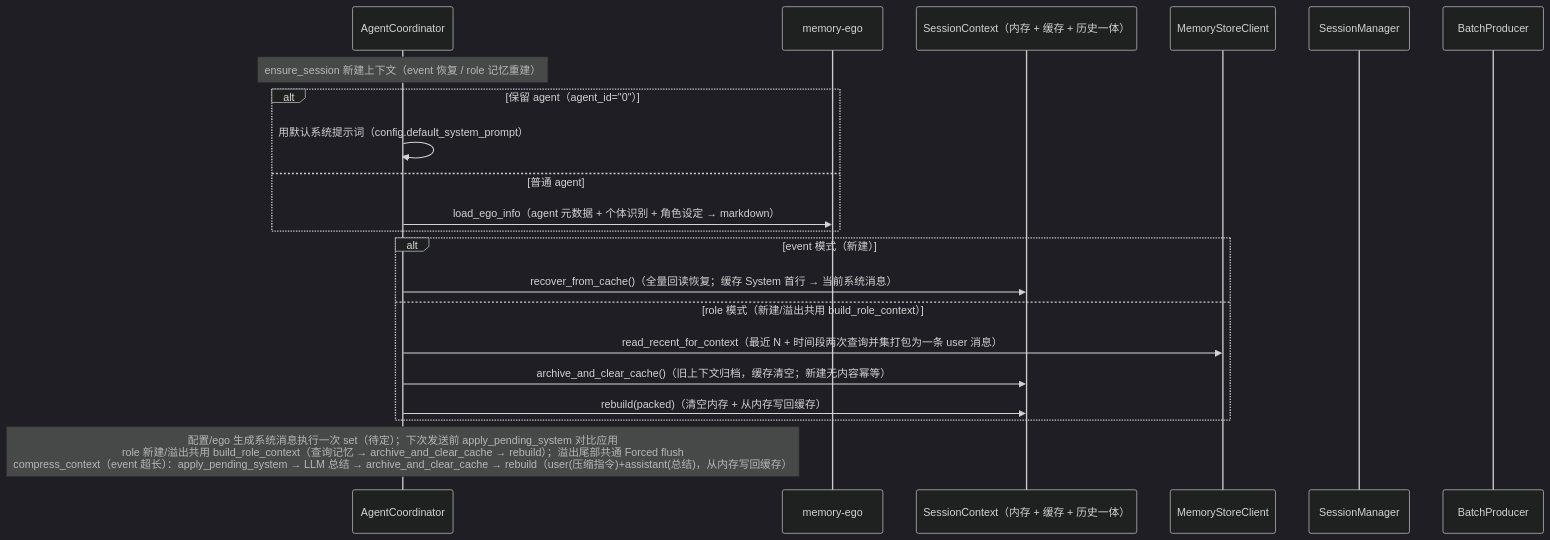
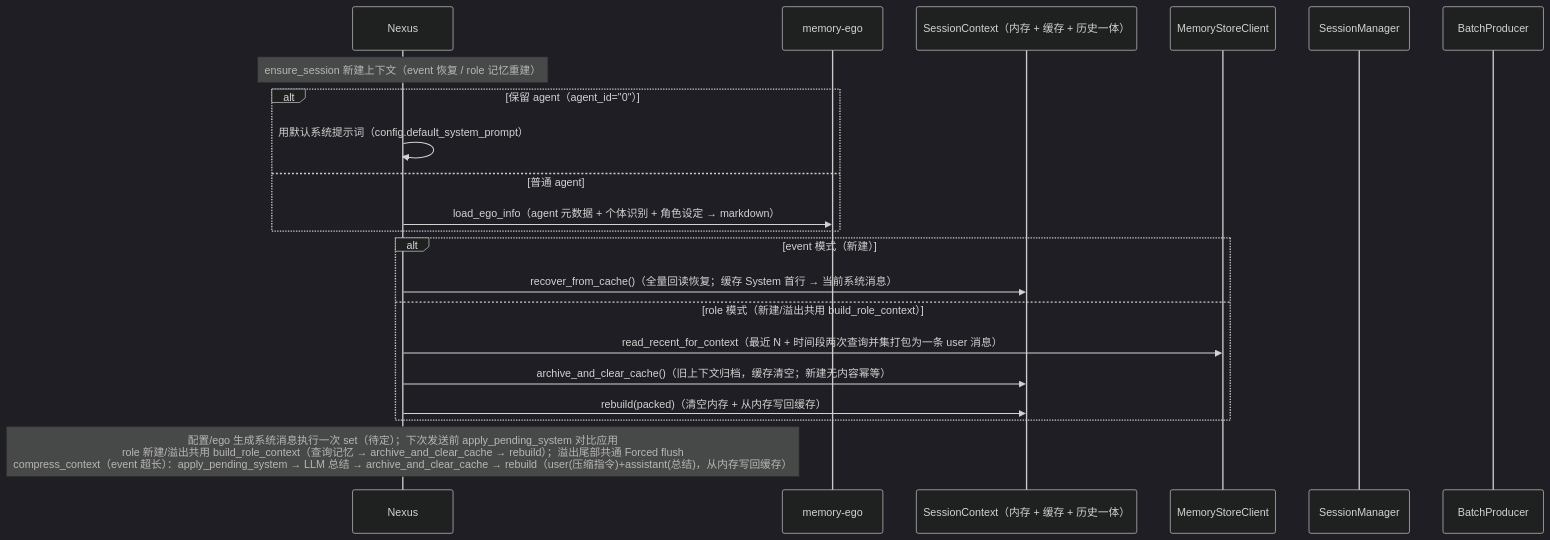
Before and after one commit to coldcloude/kissbot: the fifth of 5 diagrams in docs/spec/kissbot-agent-modules.md, drawn with Mermaid (dark theme). The commit also changed other lines of this file and 9 other files, not shown here.

Commit message:
docs(agent): Station 嵌套化文档同步——模块设计重写（Toolkit/子 Station/递归平铺/内置 filesystem），新增 docs/spec/kissbot-agent-station.md 技术规格，实现计划与遗留事项更新（MCP/HTTP 协议/跨进程唯一性）；同步 stale 引用（AgentCoordinator→Nexus、StationRuntime→全局 Station、nexus 配置删 stations 段、station_router 删除、toolkit 白名单）

````diff
--- a/docs/spec/kissbot-agent-modules.md
+++ b/docs/spec/kissbot-agent-modules.md
@@ -183,24 +185,24 @@
 ```mermaid
 sequenceDiagram
-    participant CO as AgentCoordinator
+    participant CO as Nexus
     participant EG as memory-ego
     participant SC as SessionContext（内存 + 缓存 + 历史一体）
     participant MSC as MemoryStoreClient
     participant SM as SessionManager
     participant BP as BatchProducer
 
     Note over CO: ensure_session 新建上下文（event 恢复 / role 记忆重建）
     alt 保留 agent（agent_id="0"）
         CO->>CO: 用默认系统提示词（config.default_system_prompt）
     else 普通 agent
         CO->>EG: load_ego_info（agent 元数据 + 个体识别 + 角色设定 → markdown）
     end
     alt event 模式（新建）
         CO->>SC: recover_from_cache()（全量回读恢复；缓存 System 首行 → 当前系统消息）
     else role 模式（新建/溢出共用 build_role_context）
         CO->>MSC: read_recent_for_context（最近 N + 时间段两次查询并集打包为一条 user 消息）
         CO->>SC: archive_and_clear_cache()（旧上下文归档，缓存清空；新建无内容幂等）
         CO->>SC: rebuild(packed)（清空内存 + 从内存写回缓存）
     end
     Note over CO: 配置/ego 生成系统消息执行一次 set（待定）；下次发送前 apply_pending_system 对比应用<br/>role 新建/溢出共用 build_role_context（查询记忆 → archive_and_clear_cache → rebuild）；溢出尾部共通 Forced flush<br/>compress_context（event 超长）：apply_pending_system → LLM 总结 → archive_and_clear_cache → rebuild（user(压缩指令)+assistant(总结)，从内存写回缓存）
 ```
````
